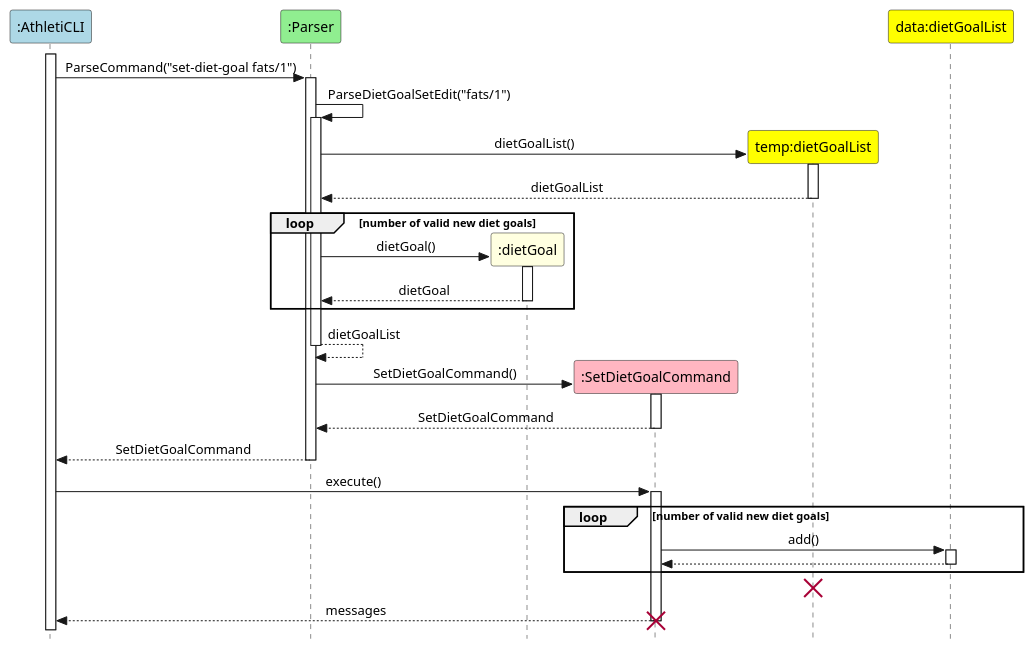
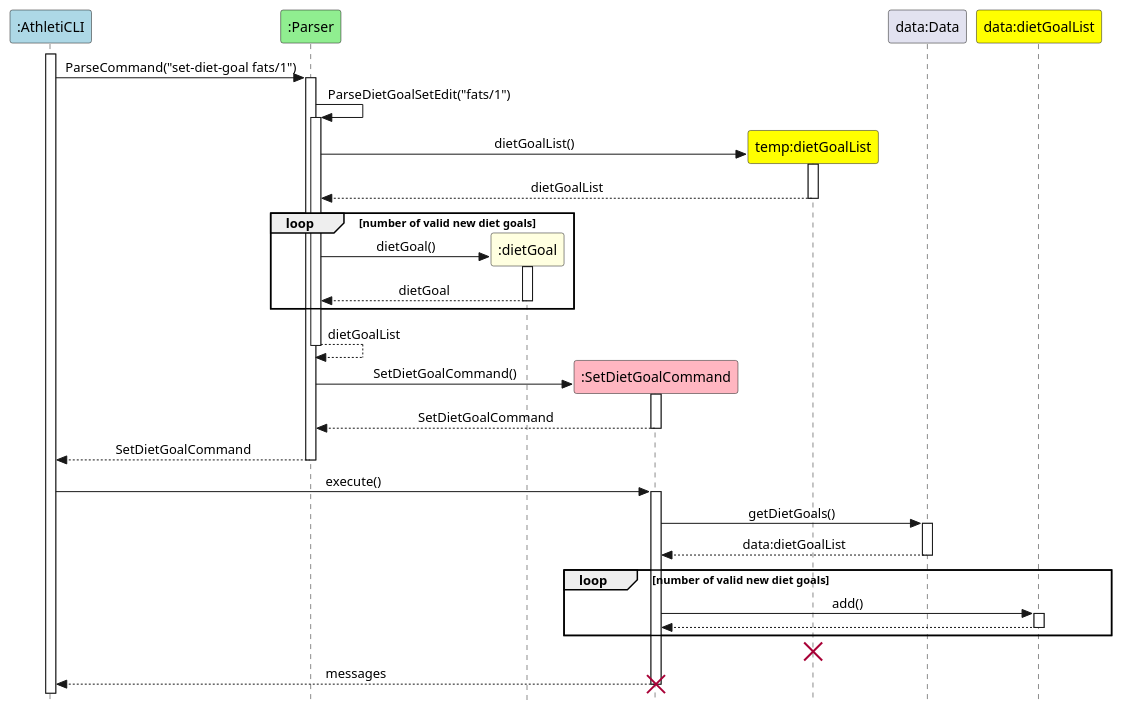
The diagram in docs/puml/DietGoals.puml (AY2324S1-CS2113-T17-1/tp), drawn with PlantUML before and after one commit. The commit also changed 1 other file, not shown here.

Commit message:
Correct errors on diet goal sequence diagram

```diff
--- a/docs/puml/DietGoals.puml
+++ b/docs/puml/DietGoals.puml
@@ -1,43 +1,47 @@
 @startuml
 'https://plantuml.com/sequence-diagram
 skinparam Style strictuml
 skinparam SequenceMessageAlignment center
 participant ":AthletiCLI" as AthletiCLI #lightblue
 participant ":Parser" as Parser #lightgreen
 participant ":dietGoal" as dietGoal #lightyellow
 participant ":SetDietGoalCommand" as SetDietGoalCommand #lightpink
 participant "temp:dietGoalList" as tempDietGoalList #yellow
+participant "data:Data" as dataData
 participant "data:dietGoalList" as dataDietGoalList #yellow
+
 
 'autonumber
 AthletiCLI++
 AthletiCLI -> Parser++ : ParseCommand("set-diet-goal fats/1")
 Parser -> Parser++ : ParseDietGoalSetEdit("fats/1")
 create tempDietGoalList
 Parser -> tempDietGoalList++ : dietGoalList()
 tempDietGoalList --> Parser-- : dietGoalList
 
     loop number of valid new diet goals
     create dietGoal
     Parser -> dietGoal++ : dietGoal()
     dietGoal --> Parser-- : dietGoal
     end
 
 Parser --> Parser-- : dietGoalList
 create SetDietGoalCommand
 Parser -> SetDietGoalCommand++ : SetDietGoalCommand()
 SetDietGoalCommand --> Parser-- : SetDietGoalCommand
 Parser --> AthletiCLI-- : SetDietGoalCommand
 AthletiCLI -> SetDietGoalCommand++ : execute()
+SetDietGoalCommand -> dataData++ : getDietGoals()
+dataData --> SetDietGoalCommand-- : data:dietGoalList
 
     loop number of valid new diet goals
     SetDietGoalCommand -> dataDietGoalList++ : add()
     dataDietGoalList --> SetDietGoalCommand--
     end
 
 destroy tempDietGoalList
 SetDietGoalCommand --> AthletiCLI-- : messages
 
 destroy SetDietGoalCommand
 
 @enduml
```
